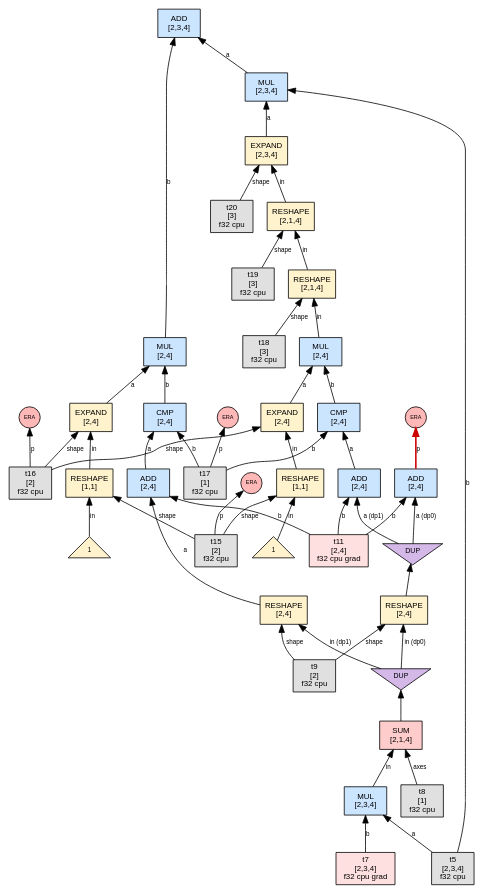
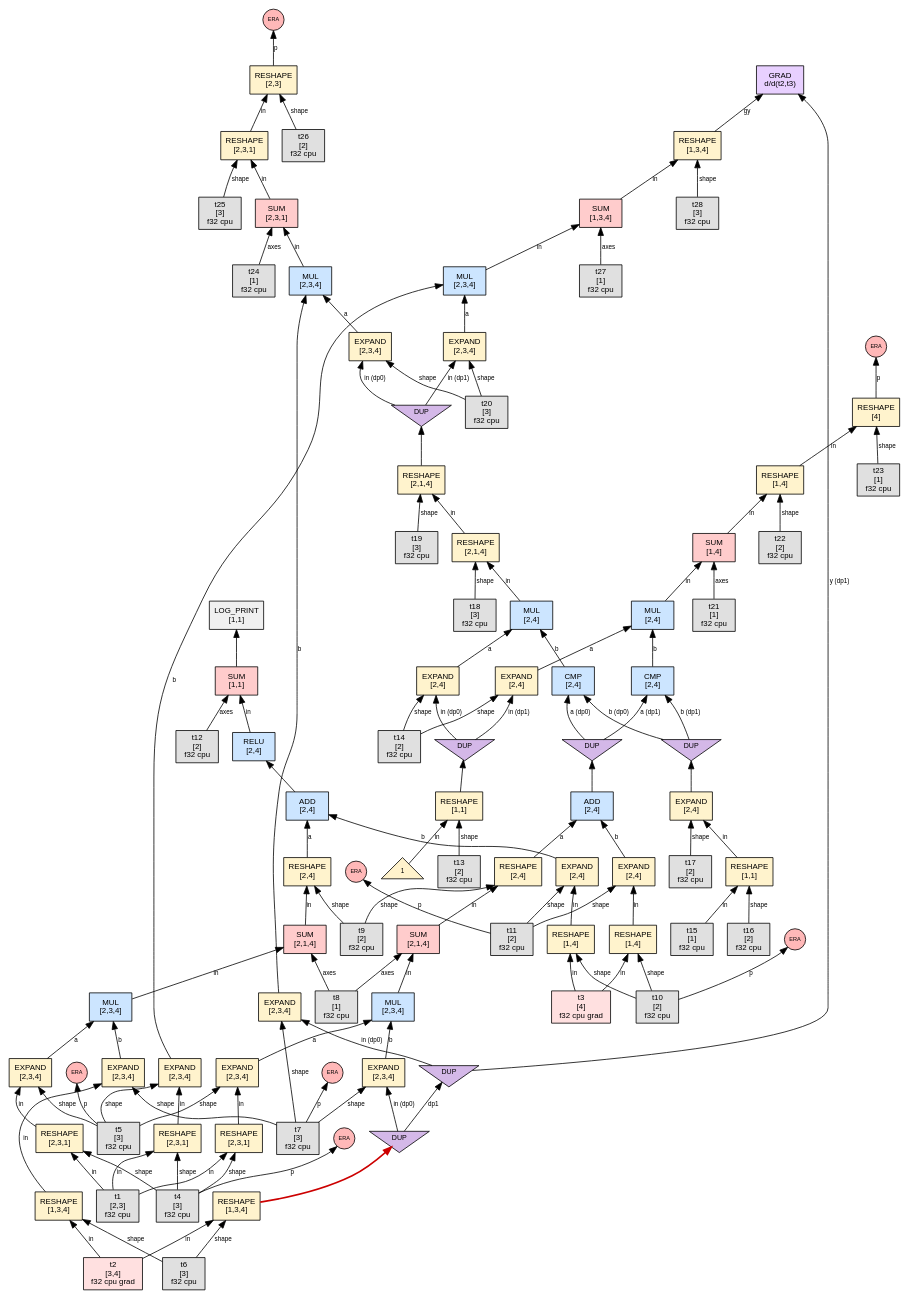
Before and after one commit to sw1sh/TinyHVM: the diagram in phase1_graphs/tiny_linear_bias/step_046_interact_DP0.dot, drawn with Graphviz. The commit also changed 751 other files, not shown here.

First line of the commit message:
test: refresh canonical tiny phase graph archives

```diff
--- a/phase1_graphs/tiny_linear_bias/step_046_interact_DP0.dot
+++ b/phase1_graphs/tiny_linear_bias/step_046_interact_DP0.dot
@@ -1,93 +1,211 @@
 digraph G {
   // PREV_INTERACTION: interact_DP0
-  // NEXT_INTERACTION: interact_era_on_ADD
+  // NEXT_INTERACTION: interact_DP1
   rankdir=BT;
   node [fontname="Helvetica", fontsize=10, style=filled, shape=box, margin="0.1,0.05"];
   edge [fontsize=8, fontname="Helvetica"];
 
-  n57 [label="ADD\n[2,3,4]", shape=box, fillcolor="#cce5ff"];
-  n104 -> n57 [label="a"];
-  n66 -> n57 [label="b"];
-  n104 [label="MUL\n[2,3,4]", shape=box, fillcolor="#cce5ff"];
-  n124 -> n104 [label="a"];
-  t5 [label="t5\n[2,3,4]\nf32 cpu",shape=box,fillcolor="#e0e0e0"];
-  t5 -> n104 [label="b"];
-  n66 [label="MUL\n[2,4]", shape=box, fillcolor="#cce5ff"];
-  n114 -> n66 [label="a"];
-  n119 -> n66 [label="b"];
-  n78 [label="SUM\n[2,1,4]", shape=box, fillcolor="#ffcccc"];
-  n95 -> n78 [label="in"];
+  n58 [label="SUM\n[1,1]", shape=box, fillcolor="#ffcccc"];
+  n74 -> n58 [label="in"];
+  t12 [label="t12\n[2]\nf32 cpu",shape=box,fillcolor="#e0e0e0"];
+  t12 -> n58 [label="axes"];
+  n51 [label="LOG_PRINT\n[1,1]", shape=box, fillcolor="#f0f0f0"];
+  n58 -> n51 [label=""];
+  n311 [label="GRAD\nd/d(t2,t3)", shape=box, fillcolor="#e8d0ff"];
+  dup261 [label="DUP", shape=invtriangle, fillcolor="#d4b8e8", fontsize=9, width=0.7, height=0.5];
+  dup251 -> dup261 [label="dp1"];
+  dup251 [label="DUP", shape=invtriangle, fillcolor="#d4b8e8", fontsize=9, width=0.7, height=0.5];
+  n313 -> dup251 [color="#cc0000",penwidth=2.0];
+  dup261 -> n311 [label="y (dp1)"];
+  n307 -> n311 [label="gy"];
+  n74 [label="RELU\n[2,4]", shape=box, fillcolor="#cce5ff"];
+  n93 -> n74 [label=""];
+  n61 [label="RESHAPE\n[1,1]", shape=box, fillcolor="#fff3cd"];
+  num61_0 [label="1",shape=triangle,fillcolor="#fff2cc",fontsize=8];
+  num61_0 -> n61 [label="in"];
+  t13 [label="t13\n[2]\nf32 cpu",shape=box,fillcolor="#e0e0e0"];
+  t13 -> n61 [label="shape"];
+  n93 [label="ADD\n[2,4]", shape=box, fillcolor="#cce5ff"];
+  n112 -> n93 [label="a"];
+  n117 -> n93 [label="b"];
+  n77 [label="RESHAPE\n[1,1]", shape=box, fillcolor="#fff3cd"];
+  t15 [label="t15\n[1]\nf32 cpu",shape=box,fillcolor="#e0e0e0"];
+  t15 -> n77 [label="in"];
+  t16 [label="t16\n[2]\nf32 cpu",shape=box,fillcolor="#e0e0e0"];
+  t16 -> n77 [label="shape"];
+  n97 [label="ADD\n[2,4]", shape=box, fillcolor="#cce5ff"];
+  n120 -> n97 [label="a"];
+  n125 -> n97 [label="b"];
+  n81 [label="EXPAND\n[2,4]", shape=box, fillcolor="#fff3cd"];
+  n77 -> n81 [label="in"];
+  t17 [label="t17\n[2]\nf32 cpu",shape=box,fillcolor="#e0e0e0"];
+  t17 -> n81 [label="shape"];
+  n112 [label="RESHAPE\n[2,4]", shape=box, fillcolor="#fff3cd"];
+  n146 -> n112 [label="in"];
+  t9 [label="t9\n[2]\nf32 cpu",shape=box,fillcolor="#e0e0e0"];
+  t9 -> n112 [label="shape"];
+  n117 [label="EXPAND\n[2,4]", shape=box, fillcolor="#fff3cd"];
+  n205 -> n117 [label="in"];
+  t11 [label="t11\n[2]\nf32 cpu",shape=box,fillcolor="#e0e0e0"];
+  t11 -> n117 [label="shape"];
+  n120 [label="RESHAPE\n[2,4]", shape=box, fillcolor="#fff3cd"];
+  n149 -> n120 [label="in"];
+  t9 -> n120 [label="shape"];
+  n125 [label="EXPAND\n[2,4]", shape=box, fillcolor="#fff3cd"];
+  n207 -> n125 [label="in"];
+  t11 -> n125 [label="shape"];
+  n146 [label="SUM\n[2,1,4]", shape=box, fillcolor="#ffcccc"];
+  n168 -> n146 [label="in"];
   t8 [label="t8\n[1]\nf32 cpu",shape=box,fillcolor="#e0e0e0"];
-  t8 -> n78 [label="axes"];
-  n114 [label="EXPAND\n[2,4]", shape=box, fillcolor="#fff3cd"];
-  n131 -> n114 [label="in"];
-  t16 [label="t16\n[2]\nf32 cpu",shape=box,fillcolor="#e0e0e0"];
-  t16 -> n114 [label="shape"];
-  n119 [label="CMP\n[2,4]", shape=box, fillcolor="#cce5ff"];
-  n135 -> n119 [label="a"];
-  t17 [label="t17\n[1]\nf32 cpu",shape=box,fillcolor="#e0e0e0"];
-  t17 -> n119 [label="b"];
-  n95 [label="MUL\n[2,3,4]", shape=box, fillcolor="#cce5ff"];
-  t5 -> n95 [label="a"];
-  t7 [label="t7\n[2,3,4]\nf32 cpu grad",shape=box,fillcolor="#ffe0e0"];
-  t7 -> n95 [label="b"];
-  n124 [label="EXPAND\n[2,3,4]", shape=box, fillcolor="#fff3cd"];
-  n140 -> n124 [label="in"];
+  t8 -> n146 [label="axes"];
+  n205 [label="RESHAPE\n[1,4]", shape=box, fillcolor="#fff3cd"];
+  t3 [label="t3\n[4]\nf32 cpu grad",shape=box,fillcolor="#ffe0e0"];
+  t3 -> n205 [label="in"];
+  t10 [label="t10\n[2]\nf32 cpu",shape=box,fillcolor="#e0e0e0"];
+  t10 -> n205 [label="shape"];
+  n149 [label="SUM\n[2,1,4]", shape=box, fillcolor="#ffcccc"];
+  n172 -> n149 [label="in"];
+  t8 -> n149 [label="axes"];
+  n207 [label="RESHAPE\n[1,4]", shape=box, fillcolor="#fff3cd"];
+  t3 -> n207 [label="in"];
+  t10 -> n207 [label="shape"];
+  n221 [label="EXPAND\n[2,4]", shape=box, fillcolor="#fff3cd"];
+  dup225 [label="DUP", shape=invtriangle, fillcolor="#d4b8e8", fontsize=9, width=0.7, height=0.5];
+  n61 -> dup225;
+  dup225 -> n221 [label="in (dp0)"];
+  t14 [label="t14\n[2]\nf32 cpu",shape=box,fillcolor="#e0e0e0"];
+  t14 -> n221 [label="shape"];
+  n226 [label="CMP\n[2,4]", shape=box, fillcolor="#cce5ff"];
+  dup230 [label="DUP", shape=invtriangle, fillcolor="#d4b8e8", fontsize=9, width=0.7, height=0.5];
+  n97 -> dup230;
+  dup230 -> n226 [label="a (dp0)"];
+  dup231 [label="DUP", shape=invtriangle, fillcolor="#d4b8e8", fontsize=9, width=0.7, height=0.5];
+  n81 -> dup231;
+  dup231 -> n226 [label="b (dp0)"];
+  n223 [label="EXPAND\n[2,4]", shape=box, fillcolor="#fff3cd"];
+  dup225 -> n223 [label="in (dp1)"];
+  t14 -> n223 [label="shape"];
+  n228 [label="CMP\n[2,4]", shape=box, fillcolor="#cce5ff"];
+  dup230 -> n228 [label="a (dp1)"];
+  dup231 -> n228 [label="b (dp1)"];
+  n130 [label="MUL\n[2,4]", shape=box, fillcolor="#cce5ff"];
+  n221 -> n130 [label="a"];
+  n226 -> n130 [label="b"];
+  n168 [label="MUL\n[2,3,4]", shape=box, fillcolor="#cce5ff"];
+  n234 -> n168 [label="a"];
+  n239 -> n168 [label="b"];
+  n172 [label="MUL\n[2,3,4]", shape=box, fillcolor="#cce5ff"];
+  n242 -> n172 [label="a"];
+  n247 -> n172 [label="b"];
+  n138 [label="RESHAPE\n[2,1,4]", shape=box, fillcolor="#fff3cd"];
+  n130 -> n138 [label="in"];
+  t18 [label="t18\n[3]\nf32 cpu",shape=box,fillcolor="#e0e0e0"];
+  t18 -> n138 [label="shape"];
+  n154 [label="RESHAPE\n[2,1,4]", shape=box, fillcolor="#fff3cd"];
+  n138 -> n154 [label="in"];
+  t19 [label="t19\n[3]\nf32 cpu",shape=box,fillcolor="#e0e0e0"];
+  t19 -> n154 [label="shape"];
+  n234 [label="EXPAND\n[2,3,4]", shape=box, fillcolor="#fff3cd"];
+  n281 -> n234 [label="in"];
+  t5 [label="t5\n[3]\nf32 cpu",shape=box,fillcolor="#e0e0e0"];
+  t5 -> n234 [label="shape"];
+  n239 [label="EXPAND\n[2,3,4]", shape=box, fillcolor="#fff3cd"];
+  n315 -> n239 [label="in"];
+  t7 [label="t7\n[3]\nf32 cpu",shape=box,fillcolor="#e0e0e0"];
+  t7 -> n239 [label="shape"];
+  n242 [label="EXPAND\n[2,3,4]", shape=box, fillcolor="#fff3cd"];
+  n283 -> n242 [label="in"];
+  t5 -> n242 [label="shape"];
+  n247 [label="EXPAND\n[2,3,4]", shape=box, fillcolor="#fff3cd"];
+  dup251 -> n247 [label="in (dp0)"];
+  t7 -> n247 [label="shape"];
+  n252 [label="EXPAND\n[2,3,4]", shape=box, fillcolor="#fff3cd"];
+  dup256 [label="DUP", shape=invtriangle, fillcolor="#d4b8e8", fontsize=9, width=0.7, height=0.5];
+  n154 -> dup256;
+  dup256 -> n252 [label="in (dp0)"];
   t20 [label="t20\n[3]\nf32 cpu",shape=box,fillcolor="#e0e0e0"];
-  t20 -> n124 [label="shape"];
-  n131 [label="RESHAPE\n[1,1]", shape=box, fillcolor="#fff3cd"];
-  num131_0 [label="1",shape=triangle,fillcolor="#fff2cc",fontsize=8];
-  num131_0 -> n131 [label="in"];
-  t15 [label="t15\n[2]\nf32 cpu",shape=box,fillcolor="#e0e0e0"];
-  t15 -> n131 [label="shape"];
-  n135 [label="ADD\n[2,4]", shape=box, fillcolor="#cce5ff"];
-  n179 -> n135 [label="a"];
-  t11 [label="t11\n[2,4]\nf32 cpu grad",shape=box,fillcolor="#ffe0e0"];
-  t11 -> n135 [label="b"];
-  n140 [label="RESHAPE\n[2,1,4]", shape=box, fillcolor="#fff3cd"];
-  n151 -> n140 [label="in"];
-  t19 [label="t19\n[3]\nf32 cpu",shape=box,fillcolor="#e0e0e0"];
-  t19 -> n140 [label="shape"];
-  n177 [label="RESHAPE\n[2,4]", shape=box, fillcolor="#fff3cd"];
-  dup181 [label="DUP", shape=invtriangle, fillcolor="#d4b8e8", fontsize=9, width=0.7, height=0.5];
-  n78 -> dup181;
-  dup181 -> n177 [label="in (dp0)"];
-  t9 [label="t9\n[2]\nf32 cpu",shape=box,fillcolor="#e0e0e0"];
-  t9 -> n177 [label="shape"];
-  n179 [label="RESHAPE\n[2,4]", shape=box, fillcolor="#fff3cd"];
-  dup181 -> n179 [label="in (dp1)"];
-  t9 -> n179 [label="shape"];
-  n151 [label="RESHAPE\n[2,1,4]", shape=box, fillcolor="#fff3cd"];
-  n158 -> n151 [label="in"];
-  t18 [label="t18\n[3]\nf32 cpu",shape=box,fillcolor="#e0e0e0"];
-  t18 -> n151 [label="shape"];
-  n158 [label="MUL\n[2,4]", shape=box, fillcolor="#cce5ff"];
-  n166 -> n158 [label="a"];
-  n184 -> n158 [label="b"];
-  n166 [label="EXPAND\n[2,4]", shape=box, fillcolor="#fff3cd"];
-  n173 -> n166 [label="in"];
-  t16 -> n166 [label="shape"];
-  n184 [label="CMP\n[2,4]", shape=box, fillcolor="#cce5ff"];
-  n191 -> n184 [label="a"];
-  t17 -> n184 [label="b"];
-  n189 [label="ADD\n[2,4]", shape=box, fillcolor="#cce5ff"];
-  dup193 [label="DUP", shape=invtriangle, fillcolor="#d4b8e8", fontsize=9, width=0.7, height=0.5];
-  n177 -> dup193;
-  dup193 -> n189 [label="a (dp0)"];
-  t11 -> n189 [label="b"];
-  era163 [label="ERA",shape=circle,width=0.38,height=0.38,fixedsize=true,fillcolor="#ffb8b8",fontsize=7];
-  n189 -> era163 [label="p",color="#cc0000",penwidth=2.0];
-  n173 [label="RESHAPE\n[1,1]", shape=box, fillcolor="#fff3cd"];
-  num173_0 [label="1",shape=triangle,fillcolor="#fff2cc",fontsize=8];
-  num173_0 -> n173 [label="in"];
-  t15 -> n173 [label="shape"];
-  era170 [label="ERA",shape=circle,width=0.38,height=0.38,fixedsize=true,fillcolor="#ffb8b8",fontsize=7];
-  t16 -> era170 [label="p"];
-  era176 [label="ERA",shape=circle,width=0.38,height=0.38,fixedsize=true,fillcolor="#ffb8b8",fontsize=7];
-  t15 -> era176 [label="p"];
-  n191 [label="ADD\n[2,4]", shape=box, fillcolor="#cce5ff"];
-  dup193 -> n191 [label="a (dp1)"];
-  t11 -> n191 [label="b"];
-  era188 [label="ERA",shape=circle,width=0.38,height=0.38,fixedsize=true,fillcolor="#ffb8b8",fontsize=7];
-  t17 -> era188 [label="p"];
+  t20 -> n252 [label="shape"];
+  n257 [label="EXPAND\n[2,3,4]", shape=box, fillcolor="#fff3cd"];
+  dup261 -> n257 [label="in (dp0)"];
+  t7 -> n257 [label="shape"];
+  n254 [label="EXPAND\n[2,3,4]", shape=box, fillcolor="#fff3cd"];
+  dup256 -> n254 [label="in (dp1)"];
+  t20 -> n254 [label="shape"];
+  n264 [label="EXPAND\n[2,3,4]", shape=box, fillcolor="#fff3cd"];
+  n289 -> n264 [label="in"];
+  t5 -> n264 [label="shape"];
+  era192 [label="ERA",shape=circle,width=0.38,height=0.38,fixedsize=true,fillcolor="#ffb8b8",fontsize=7];
+  t11 -> era192 [label="p"];
+  n132 [label="MUL\n[2,4]", shape=box, fillcolor="#cce5ff"];
+  n223 -> n132 [label="a"];
+  n228 -> n132 [label="b"];
+  n193 [label="SUM\n[1,4]", shape=box, fillcolor="#ffcccc"];
+  n132 -> n193 [label="in"];
+  t21 [label="t21\n[1]\nf32 cpu",shape=box,fillcolor="#e0e0e0"];
+  t21 -> n193 [label="axes"];
+  era212 [label="ERA",shape=circle,width=0.38,height=0.38,fixedsize=true,fillcolor="#ffb8b8",fontsize=7];
+  t10 -> era212 [label="p"];
+  n197 [label="RESHAPE\n[1,4]", shape=box, fillcolor="#fff3cd"];
+  n193 -> n197 [label="in"];
+  t22 [label="t22\n[2]\nf32 cpu",shape=box,fillcolor="#e0e0e0"];
+  t22 -> n197 [label="shape"];
+  n213 [label="RESHAPE\n[4]", shape=box, fillcolor="#fff3cd"];
+  n197 -> n213 [label="in"];
+  t23 [label="t23\n[1]\nf32 cpu",shape=box,fillcolor="#e0e0e0"];
+  t23 -> n213 [label="shape"];
+  era220 [label="ERA",shape=circle,width=0.38,height=0.38,fixedsize=true,fillcolor="#ffb8b8",fontsize=7];
+  n213 -> era220 [label="p"];
+  n281 [label="RESHAPE\n[2,3,1]", shape=box, fillcolor="#fff3cd"];
+  t1 [label="t1\n[2,3]\nf32 cpu",shape=box,fillcolor="#e0e0e0"];
+  t1 -> n281 [label="in"];
+  t4 [label="t4\n[3]\nf32 cpu",shape=box,fillcolor="#e0e0e0"];
+  t4 -> n281 [label="shape"];
+  n315 [label="RESHAPE\n[1,3,4]", shape=box, fillcolor="#fff3cd"];
+  t2 [label="t2\n[3,4]\nf32 cpu grad",shape=box,fillcolor="#ffe0e0"];
+  t2 -> n315 [label="in"];
+  t6 [label="t6\n[3]\nf32 cpu",shape=box,fillcolor="#e0e0e0"];
+  t6 -> n315 [label="shape"];
+  n283 [label="RESHAPE\n[2,3,1]", shape=box, fillcolor="#fff3cd"];
+  t1 -> n283 [label="in"];
+  t4 -> n283 [label="shape"];
+  n313 [label="RESHAPE\n[1,3,4]", shape=box, fillcolor="#fff3cd"];
+  t2 -> n313 [label="in"];
+  t6 -> n313 [label="shape"];
+  n289 [label="RESHAPE\n[2,3,1]", shape=box, fillcolor="#fff3cd"];
+  t1 -> n289 [label="in"];
+  t4 -> n289 [label="shape"];
+  era268 [label="ERA",shape=circle,width=0.38,height=0.38,fixedsize=true,fillcolor="#ffb8b8",fontsize=7];
+  t5 -> era268 [label="p"];
+  n181 [label="MUL\n[2,3,4]", shape=box, fillcolor="#cce5ff"];
+  n252 -> n181 [label="a"];
+  n257 -> n181 [label="b"];
+  n269 [label="SUM\n[2,3,1]", shape=box, fillcolor="#ffcccc"];
+  n181 -> n269 [label="in"];
+  t24 [label="t24\n[1]\nf32 cpu",shape=box,fillcolor="#e0e0e0"];
+  t24 -> n269 [label="axes"];
+  era292 [label="ERA",shape=circle,width=0.38,height=0.38,fixedsize=true,fillcolor="#ffb8b8",fontsize=7];
+  t4 -> era292 [label="p"];
+  n273 [label="RESHAPE\n[2,3,1]", shape=box, fillcolor="#fff3cd"];
+  n269 -> n273 [label="in"];
+  t25 [label="t25\n[3]\nf32 cpu",shape=box,fillcolor="#e0e0e0"];
+  t25 -> n273 [label="shape"];
+  n293 [label="RESHAPE\n[2,3]", shape=box, fillcolor="#fff3cd"];
+  n273 -> n293 [label="in"];
+  t26 [label="t26\n[2]\nf32 cpu",shape=box,fillcolor="#e0e0e0"];
+  t26 -> n293 [label="shape"];
+  era300 [label="ERA",shape=circle,width=0.38,height=0.38,fixedsize=true,fillcolor="#ffb8b8",fontsize=7];
+  n293 -> era300 [label="p"];
+  era302 [label="ERA",shape=circle,width=0.38,height=0.38,fixedsize=true,fillcolor="#ffb8b8",fontsize=7];
+  t7 -> era302 [label="p"];
+  n183 [label="MUL\n[2,3,4]", shape=box, fillcolor="#cce5ff"];
+  n254 -> n183 [label="a"];
+  n264 -> n183 [label="b"];
+  n303 [label="SUM\n[1,3,4]", shape=box, fillcolor="#ffcccc"];
+  n183 -> n303 [label="in"];
+  t27 [label="t27\n[1]\nf32 cpu",shape=box,fillcolor="#e0e0e0"];
+  t27 -> n303 [label="axes"];
+  n307 [label="RESHAPE\n[1,3,4]", shape=box, fillcolor="#fff3cd"];
+  n303 -> n307 [label="in"];
+  t28 [label="t28\n[3]\nf32 cpu",shape=box,fillcolor="#e0e0e0"];
+  t28 -> n307 [label="shape"];
 }
```
